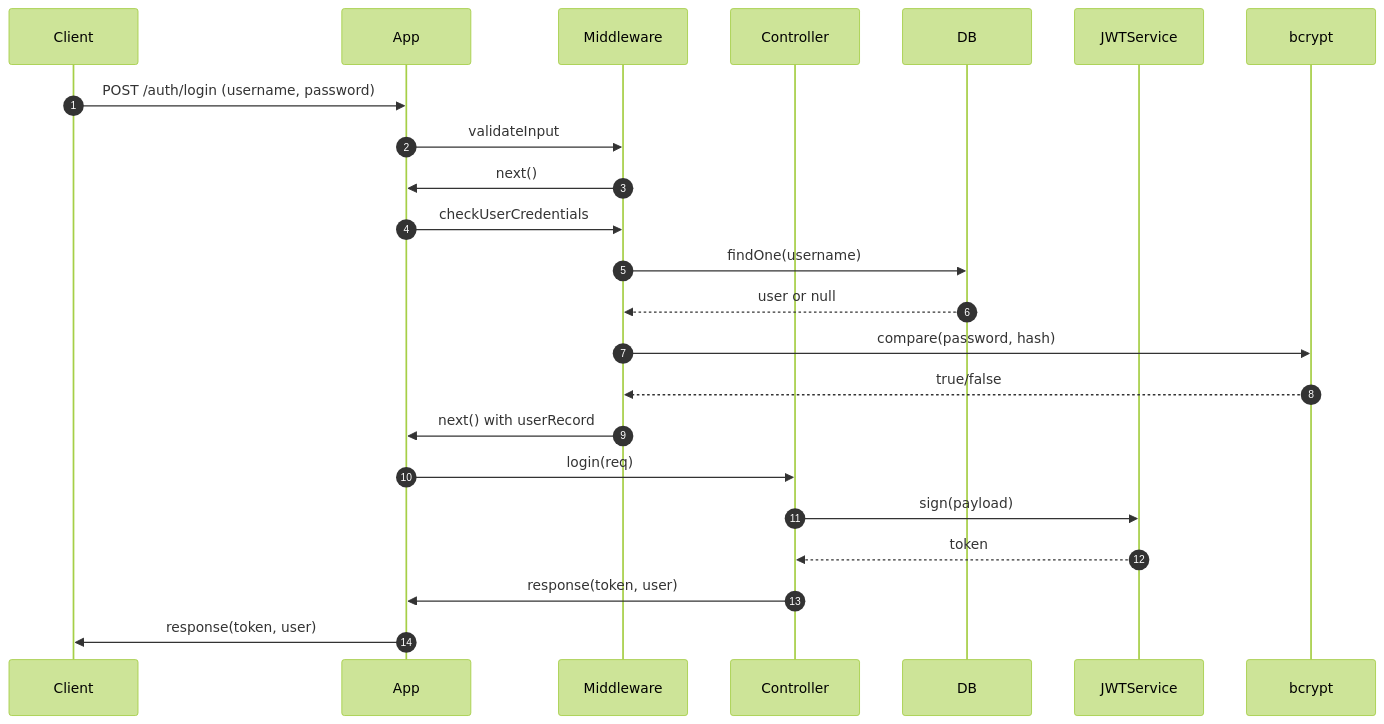
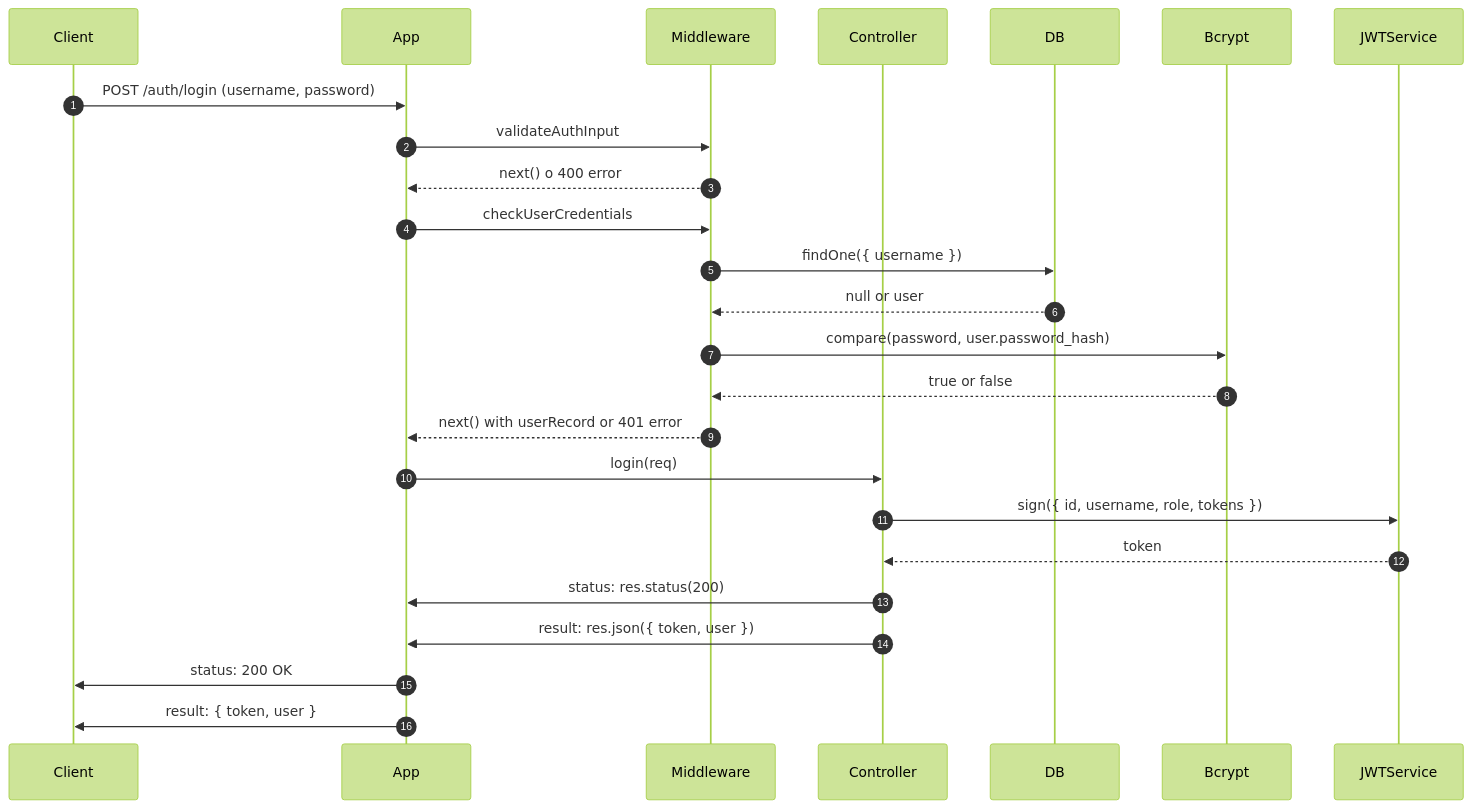
One commit to Daniel-Diocis/VoidTracksWeb changed the second of 3 diagrams in README.md. Above: the diagram before and after it, drawn with Mermaid (forest theme). The commit also changed other lines of this file, not shown here.

````diff
--- a/README.md
+++ b/README.md
@@ -148,25 +168,28 @@
 ```mermaid
 sequenceDiagram
   autonumber
   participant Client
   participant App
   participant Middleware
   participant Controller
   participant DB
+  participant Bcrypt
   participant JWTService
 
   Client->>App: POST /auth/login (username, password)
-  App->>Middleware: validateInput
-  Middleware->>App: next()
+  App->>Middleware: validateAuthInput
+  Middleware-->>App: next() o 400 error
   App->>Middleware: checkUserCredentials
-  Middleware->>DB: findOne(username)
-  DB-->>Middleware: user or null
-  Middleware->>bcrypt: compare(password, hash)
-  bcrypt-->>Middleware: true/false
-  Middleware->>App: next() with userRecord
+  Middleware->>DB: findOne({ username })
+  DB-->>Middleware: null or user
+  Middleware->>Bcrypt: compare(password, user.password_hash)
+  Bcrypt-->>Middleware: true or false
+  Middleware-->>App: next() with userRecord or 401 error
   App->>Controller: login(req)
-  Controller->>JWTService: sign(payload)
+  Controller->>JWTService: sign({ id, username, role, tokens })
   JWTService-->>Controller: token
-  Controller->>App: response(token, user)
-  App->>Client: response(token, user)
+  Controller->>App: status: res.status(200)
+  Controller->>App: result: res.json({ token, user })
+  App->>Client: status: 200 OK
+  App->>Client: result: { token, user }
 ```
````
